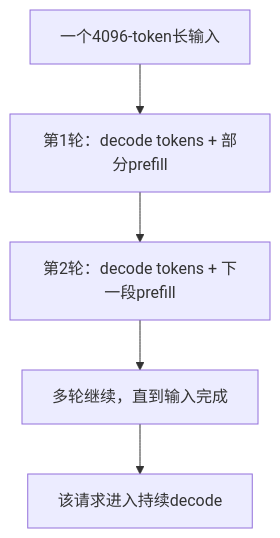
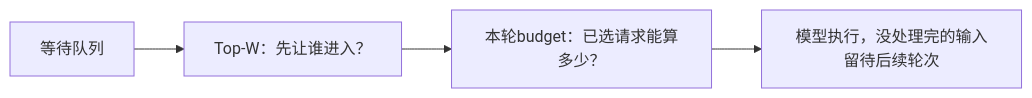
Diagram 30 of 34 in Documents_xxy/20261019最终面试向理解文档.md (emprorsky/vllm_xxy), drawn with Mermaid before and after one commit. The commit also changed other lines of this file and 9 other files, not shown here.

````diff
--- a/Documents_xxy/20261019最终面试向理解文档.md
+++ b/Documents_xxy/20261019最终面试向理解文档.md
@@ -1646,7 +1722,6 @@
 ```mermaid
-flowchart TB
-    A["一个4096-token长输入"] --> B["第1轮：decode tokens + 部分prefill"]
-    B --> C["第2轮：decode tokens + 下一段prefill"]
-    C --> D["多轮继续，直到输入完成"]
-    D --> E["该请求进入持续decode"]
+flowchart LR
+    A["等待队列"] --> B["Top-W：先让谁进入？"]
+    B --> C["本轮budget：已选请求能算多少？"]
+    C --> D["模型执行，没处理完的输入留待后续轮次"]
 ```
````
